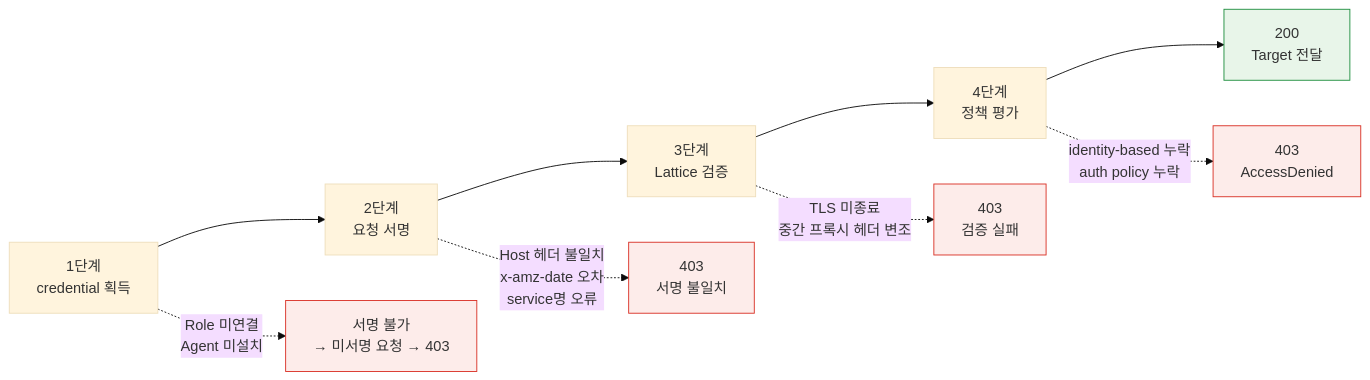
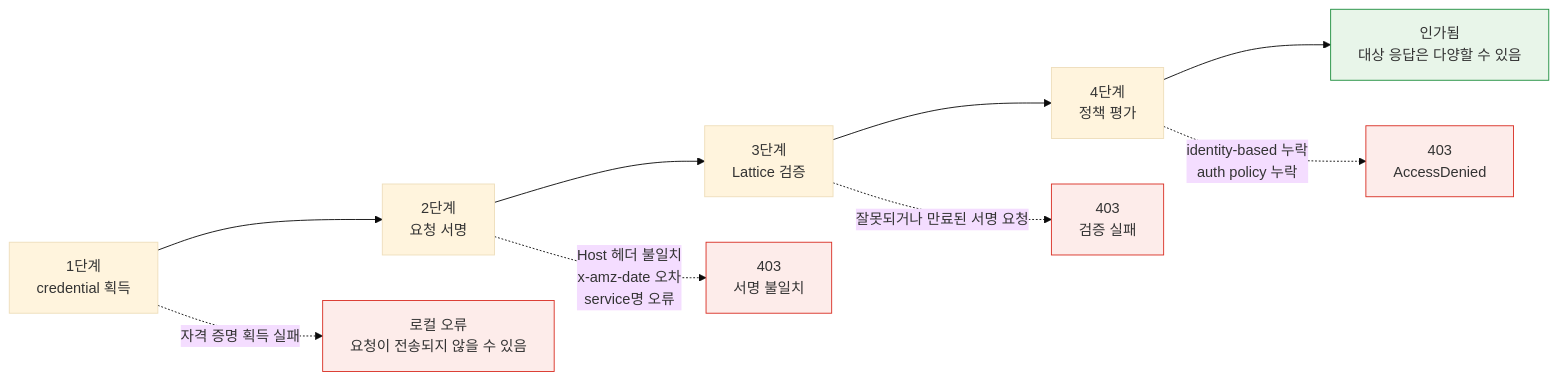
Before and after one commit to Atom-oh/kubernetes-docs: the second of 2 diagrams in ko/service-mesh/vpc-lattice/03-auth-flow.md, drawn with Mermaid (base theme). The commit also changed other lines of this file and 62 other files, not shown here.

````diff
--- a/ko/service-mesh/vpc-lattice/03-auth-flow.md
+++ b/ko/service-mesh/vpc-lattice/03-auth-flow.md
@@ -71,18 +72,18 @@
 ```mermaid
 graph LR
     S1["1단계<br/>credential 획득"] --> S2["2단계<br/>요청 서명"]
     S2 --> S3["3단계<br/>Lattice 검증"]
     S3 --> S4["4단계<br/>정책 평가"]
-    S4 --> OK["200<br/>Target 전달"]
+    S4 --> OK["인가됨<br/>대상 응답은 다양할 수 있음"]
 
-    S1 -.->|"Role 미연결<br/>Agent 미설치"| E1["서명 불가<br/>→ 미서명 요청 → 403"]
+    S1 -.->|"자격 증명 획득 실패"| E1["로컬 오류<br/>요청이 전송되지 않을 수 있음"]
     S2 -.->|"Host 헤더 불일치<br/>x-amz-date 오차<br/>service명 오류"| E2["403<br/>서명 불일치"]
-    S3 -.->|"TLS 미종료<br/>중간 프록시 헤더 변조"| E3["403<br/>검증 실패"]
+    S3 -.->|"잘못되거나 만료된 서명 요청"| E3["403<br/>검증 실패"]
     S4 -.->|"identity-based 누락<br/>auth policy 누락"| E4["403<br/>AccessDenied"]
 
     style E1 fill:#fdecea,stroke:#d93025
     style E2 fill:#fdecea,stroke:#d93025
     style E3 fill:#fdecea,stroke:#d93025
     style E4 fill:#fdecea,stroke:#d93025
     style OK fill:#e8f5e9,stroke:#1e8e3e
 ```
````
